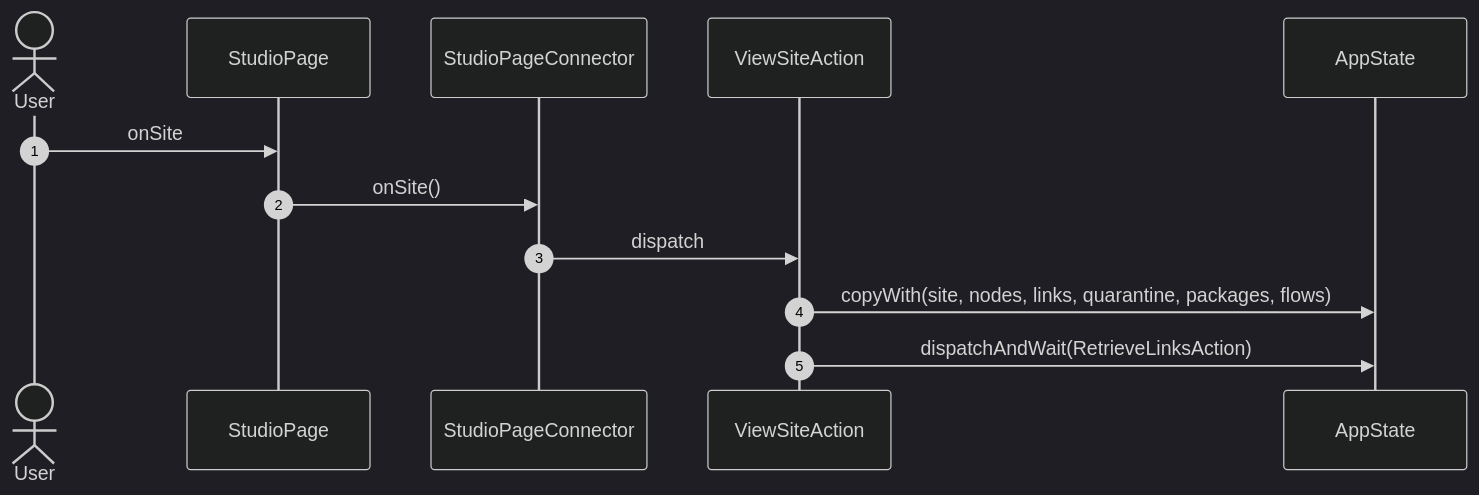
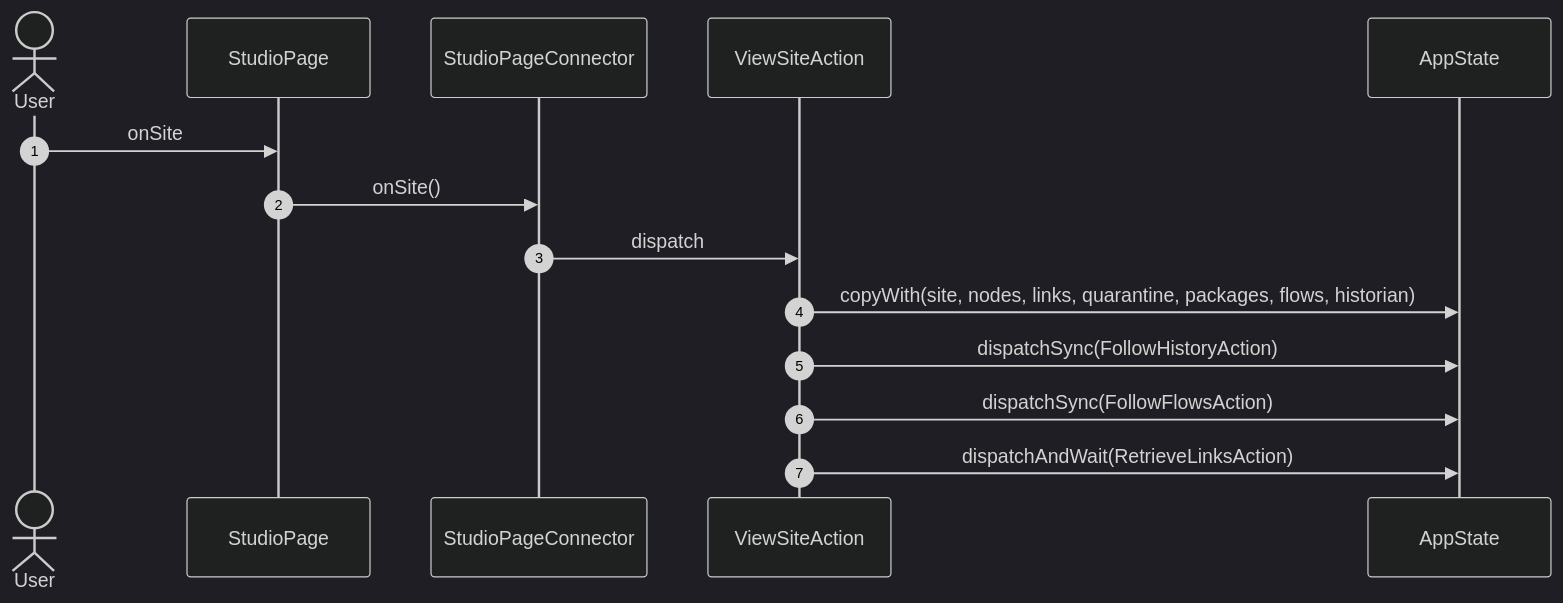
Before and after one commit to gencto/wyrm: the fourth of 13 diagrams in studio/docs/flows/studio.md, drawn with Mermaid (dark theme). The commit also changed other lines of this file and 44 other files, not shown here.

First line of the commit message:
studio: History, Flows and Access keep their data fresh while shown

````diff
--- a/studio/docs/flows/studio.md
+++ b/studio/docs/flows/studio.md
@@ -63,15 +63,17 @@
 ```mermaid
 sequenceDiagram
     autonumber
     actor User
     participant UI as StudioPage
     participant VM as StudioPageConnector
     participant A1 as ViewSiteAction
     participant ST as AppState
 
     User->>UI: onSite
     UI->>VM: onSite()
     VM->>A1: dispatch
-    A1->>ST: copyWith(site, nodes, links, quarantine, packages, flows)
+    A1->>ST: copyWith(site, nodes, links, quarantine, packages, flows, historian)
+    A1->>ST: dispatchSync(FollowHistoryAction)
+    A1->>ST: dispatchSync(FollowFlowsAction)
     A1->>ST: dispatchAndWait(RetrieveLinksAction)
 ```
````
